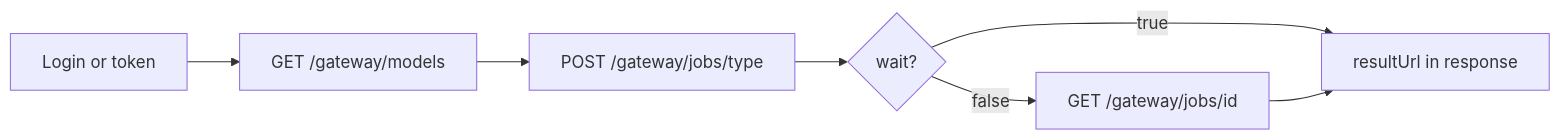
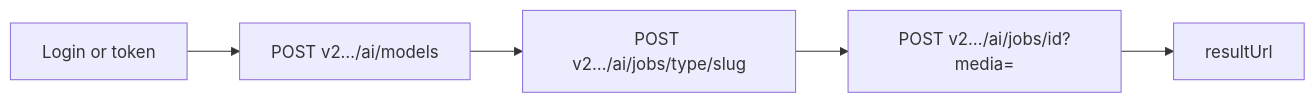
The diagram in docs/cookbook/agent-http-flow.md (bruno-hao97/ai-gateway), drawn with Mermaid before and after one commit. The commit also changed other lines of this file and 109 other files, not shown here.

````diff
--- a/docs/cookbook/agent-http-flow.md
+++ b/docs/cookbook/agent-http-flow.md
@@ -12,9 +12,7 @@
 ```mermaid
 flowchart LR
-  A[Login or token] --> B[GET /gateway/models]
-  B --> C[POST /gateway/jobs/type]
-  C --> D{wait?}
-  D -->|true| E[resultUrl in response]
-  D -->|false| F[GET /gateway/jobs/id]
-  F --> E
+  A[Login or token] --> B[POST v2…/ai/models]
+  B --> C[POST v2…/ai/jobs/type/slug]
+  C --> D[POST v2…/ai/jobs/id?media=]
+  D --> E[resultUrl]
 ```
````
